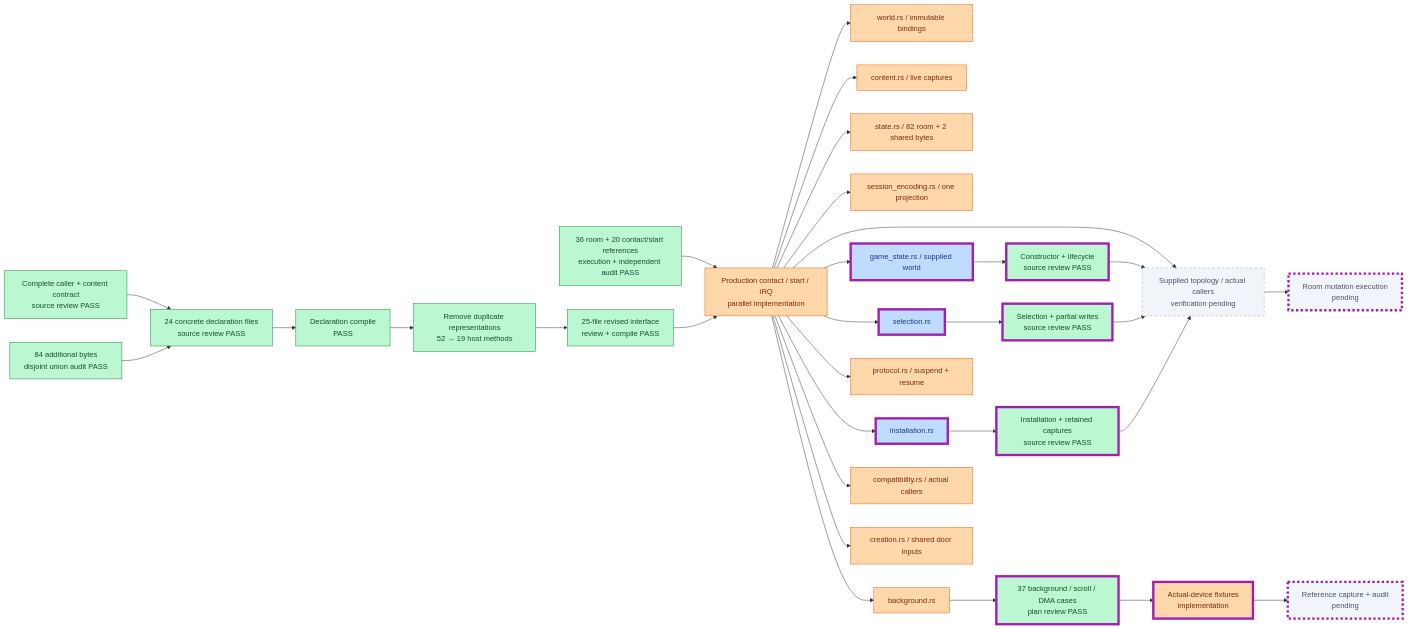
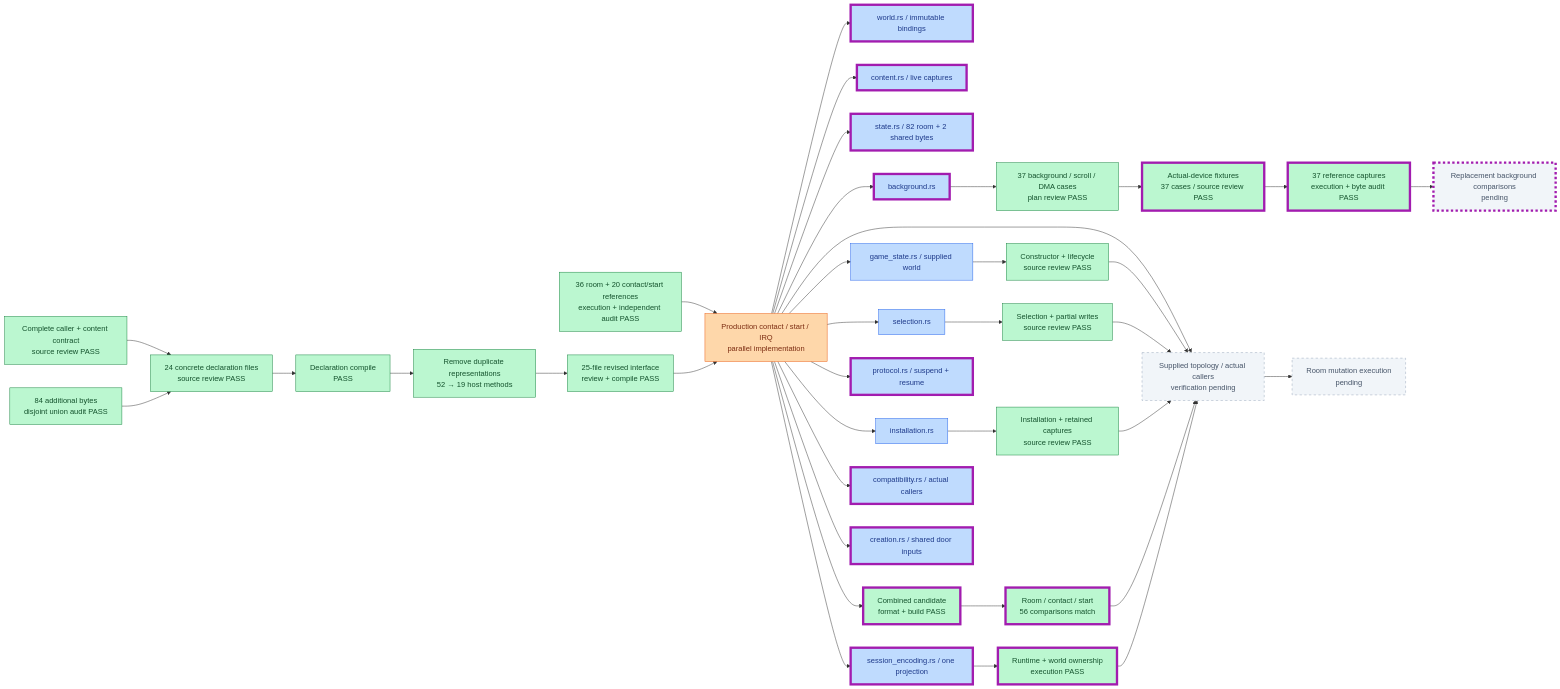
One commit to JimLundin/sm-decomp changed the second of 20 diagrams in PROGRESS.md. Above: the diagram before and after it, drawn with Mermaid. The commit also changed 1 other file, not shown here.

Commit message:
Show room candidate build and 56 passing comparisons; progress checks pass [skip ci]

````diff
--- a/PROGRESS.md
+++ b/PROGRESS.md
@@ -26,36 +26,42 @@
 ```mermaid
 flowchart LR
     RC["Complete caller + content contract<br/>source review PASS"]:::done --> RD["24 concrete declaration files<br/>source review PASS"]:::done
     RU["84 additional bytes<br/>disjoint union audit PASS"]:::done --> RD
     RR["36 room + 20 contact/start references<br/>execution + independent audit PASS"]:::done --> RI["Production contact / start / IRQ<br/>parallel implementation"]:::active
     RD --> RB["Declaration compile<br/>PASS"]:::done --> RS["Remove duplicate representations<br/>52 → 19 host methods"]:::done
     RS --> RV["25-file revised interface<br/>review + compile PASS"]:::done --> RI
-    RI --> RW["world.rs / immutable bindings"]:::active
-    RI --> RCONTENT["content.rs / live captures"]:::active
-    RI --> RSTATE["state.rs / 82 room + 2 shared bytes"]:::active
-    RI --> RCODEC["session_encoding.rs / one projection"]:::active
+    RI --> RW["world.rs / immutable bindings"]:::draft
+    RI --> RCONTENT["content.rs / live captures"]:::draft
+    RI --> RSTATE["state.rs / 82 room + 2 shared bytes"]:::draft
+    RI --> RCODEC["session_encoding.rs / one projection"]:::draft
     RI --> ROWNER["game_state.rs / supplied world"]:::draft
     RI --> RSELECT["selection.rs"]:::draft
     RI --> RINSTALL["installation.rs"]:::draft
     ROWNER --> ROWNERCHECK["Constructor + lifecycle<br/>source review PASS"]:::done
     RSELECT --> RSELECTCHECK["Selection + partial writes<br/>source review PASS"]:::done
     RINSTALL --> RINSTALLCHECK["Installation + retained captures<br/>source review PASS"]:::done
-    RI --> RPROTO["protocol.rs / suspend + resume"]:::active
-    RI --> RBG["background.rs"]:::active
-    RI --> RCOMPAT["compatibility.rs / actual callers"]:::active
-    RI --> RPLM["creation.rs / shared door inputs"]:::active
+    RI --> RPROTO["protocol.rs / suspend + resume"]:::draft
+    RI --> RBG["background.rs"]:::draft
+    RI --> RCOMPAT["compatibility.rs / actual callers"]:::draft
+    RI --> RPLM["creation.rs / shared door inputs"]:::draft
     RI --> RT["Supplied topology / actual callers<br/>verification pending"]:::pending
     ROWNERCHECK --> RT
     RSELECTCHECK --> RT
     RINSTALLCHECK --> RT
     RBG --> RBPLAN["37 background / scroll / DMA cases<br/>plan review PASS"]:::done
-    RBPLAN --> RBFIX["Actual-device fixtures<br/>implementation"]:::active
-    RBFIX --> RBCAP["Reference capture + audit<br/>pending"]:::pending
+    RBPLAN --> RBFIX["Actual-device fixtures<br/>37 cases / source review PASS"]:::done
+    RBFIX --> RBCAP["37 reference captures<br/>execution + byte audit PASS"]:::done
+    RI --> RBUILD["Combined candidate<br/>format + build PASS"]:::done
+    RBUILD --> RCOMPARE["Room / contact / start<br/>56 comparisons match"]:::done
+    RCODEC --> RGUARD["Runtime + world ownership<br/>execution PASS"]:::done
+    RBCAP --> RBVERIFY["Replacement background comparisons<br/>pending"]:::pending
+    RCOMPARE --> RT
+    RGUARD --> RT
     RT --> RMUT["Room mutation execution<br/>pending"]:::pending
-    class ROWNER,RSELECT,RINSTALL,ROWNERCHECK,RSELECTCHECK,RINSTALLCHECK,RBPLAN,RBFIX,RBCAP,RMUT changed
+    class RW,RCONTENT,RSTATE,RCODEC,RPROTO,RBG,RCOMPAT,RPLM,RBFIX,RBCAP,RBUILD,RCOMPARE,RGUARD,RBVERIFY changed
     classDef done fill:#bbf7d0,stroke:#15803d,color:#14532d
     classDef draft fill:#bfdbfe,stroke:#2563eb,color:#1e3a8a
     classDef active fill:#fed7aa,stroke:#ea580c,color:#7c2d12
     classDef pending fill:#f1f5f9,stroke:#94a3b8,color:#475569,stroke-dasharray:5 5
     classDef changed stroke:#a21caf,stroke-width:5px
 ```
````
